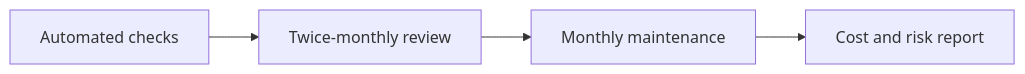
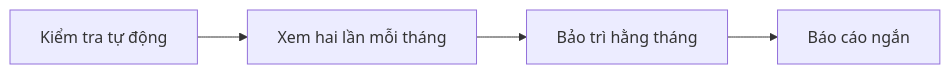
Before and after one commit to LeeTun2k2/insumart-docs: the diagram in maintainances/maintenance-work-and-cost.md, drawn with Mermaid. The commit also changed other lines of this file and 7 other files, not shown here.

Commit message:
Translate deployment architecture and incident response documents to Vietnamese, update cost estimates, and refine maintenance work descriptions for clarity and consistency.

````diff
--- a/maintainances/maintenance-work-and-cost.md
+++ b/maintainances/maintenance-work-and-cost.md
@@ -14,6 +15,6 @@
 ```mermaid
 flowchart LR
-    Auto[Automated checks] --> Review[Twice-monthly review]
-    Review --> Test[Monthly maintenance]
-    Test --> Report[Cost and risk report]
+    TuDong[Kiểm tra tự động] --> XemXet[Xem hai lần mỗi tháng]
+    XemXet --> BaoTri[Bảo trì hằng tháng]
+    BaoTri --> BaoCao[Báo cáo ngắn]
 ```
````
